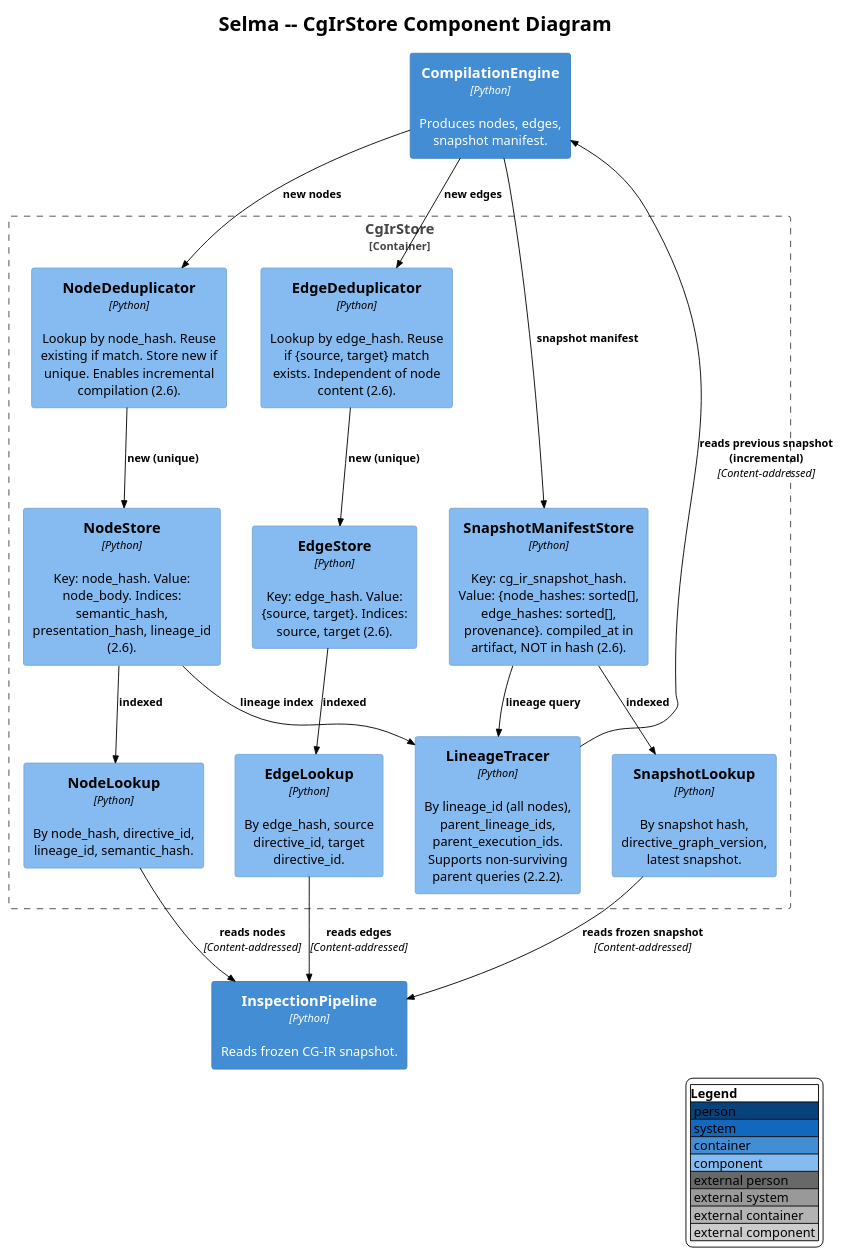
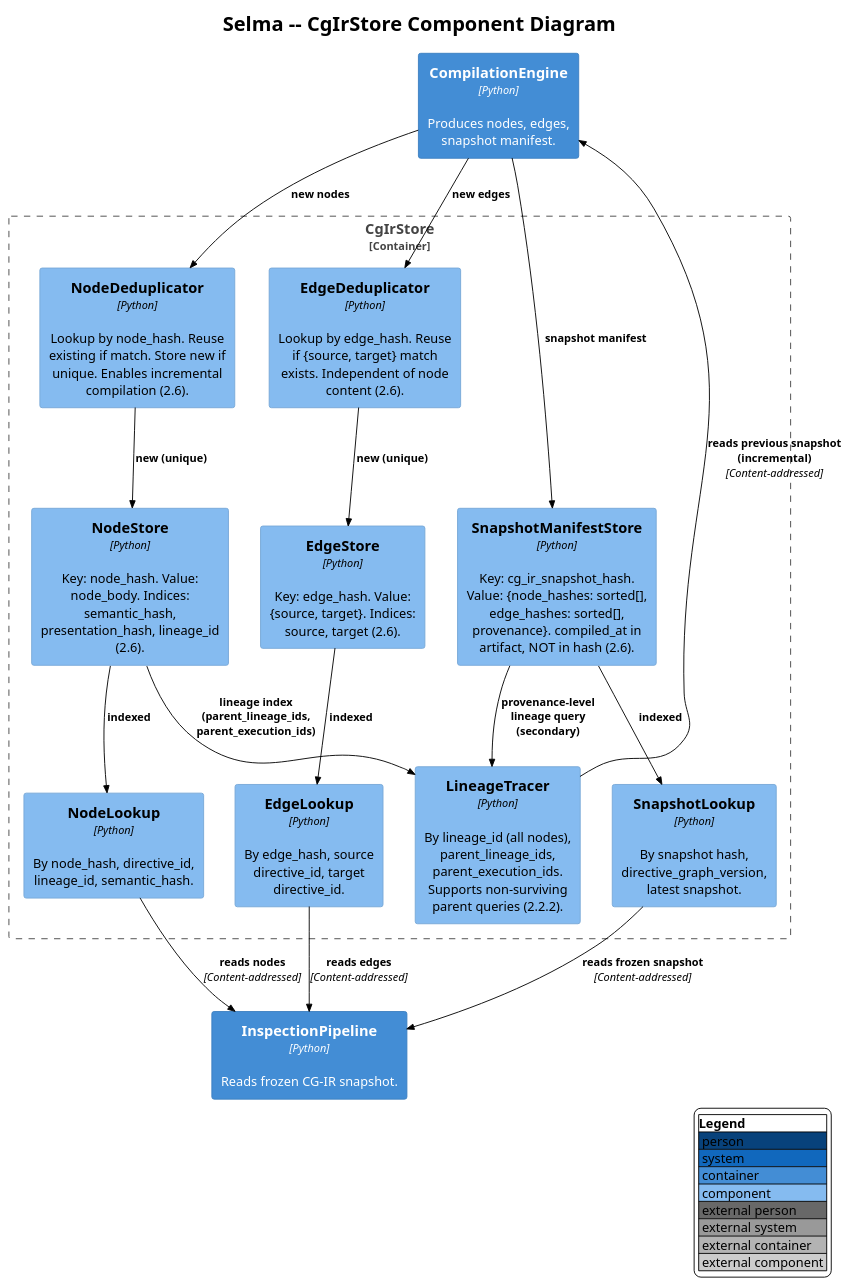
Before and after one commit to salimnamvar/selma: the diagram in docs/C4-Design/c4_selma_component_cgir_store.puml, drawn with PlantUML. The commit also changed 4 other files, not shown here.

Commit message:
feat: Update C4 diagrams for versioning and enhance component relationships

```diff
--- a/docs/C4-Design/c4_selma_component_cgir_store.puml
+++ b/docs/C4-Design/c4_selma_component_cgir_store.puml
@@ -10,44 +10,44 @@
 @startuml
 !include https://raw.githubusercontent.com/plantuml-stdlib/C4-PlantUML/v2.10.0/C4_Component.puml
 !theme plain
 
 LAYOUT_WITH_LEGEND()
 
 title Selma -- CgIrStore Component Diagram
 
 Container_Boundary(cgir, "CgIrStore") {
     Component(node_dedup, "NodeDeduplicator", "Python", "Lookup by node_hash. Reuse existing if match. Store new if unique. Enables incremental compilation (2.6).")
     Component(edge_dedup, "EdgeDeduplicator", "Python", "Lookup by edge_hash. Reuse if {source, target} match exists. Independent of node content (2.6).")
 
     Component(node_store, "NodeStore", "Python", "Key: node_hash. Value: node_body. Indices: semantic_hash, presentation_hash, lineage_id (2.6).")
     Component(edge_store, "EdgeStore", "Python", "Key: edge_hash. Value: {source, target}. Indices: source, target (2.6).")
     Component(snapshot_manifest, "SnapshotManifestStore", "Python", "Key: cg_ir_snapshot_hash. Value: {node_hashes: sorted[], edge_hashes: sorted[], provenance}. compiled_at in artifact, NOT in hash (2.6).")
 
     Component(node_lookup, "NodeLookup", "Python", "By node_hash, directive_id, lineage_id, semantic_hash.")
     Component(edge_lookup, "EdgeLookup", "Python", "By edge_hash, source directive_id, target directive_id.")
     Component(snapshot_lookup, "SnapshotLookup", "Python", "By snapshot hash, directive_graph_version, latest snapshot.")
     Component(lineage_tracer, "LineageTracer", "Python", "By lineage_id (all nodes), parent_lineage_ids, parent_execution_ids. Supports non-surviving parent queries (2.2.2).")
 }
 
 Container(compilation_engine, "CompilationEngine", "Python", "Produces nodes, edges, snapshot manifest.")
 Container(inspection_pipeline, "InspectionPipeline", "Python", "Reads frozen CG-IR snapshot.")
 
 Rel(compilation_engine, node_dedup, "new nodes")
 Rel(compilation_engine, edge_dedup, "new edges")
 Rel(compilation_engine, snapshot_manifest, "snapshot manifest")
 
 Rel(node_dedup, node_store, "new (unique)")
 Rel(edge_dedup, edge_store, "new (unique)")
 
 Rel(node_store, node_lookup, "indexed")
 Rel(edge_store, edge_lookup, "indexed")
 Rel(snapshot_manifest, snapshot_lookup, "indexed")
-Rel(node_store, lineage_tracer, "lineage index")
-Rel(snapshot_manifest, lineage_tracer, "lineage query")
+Rel(node_store, lineage_tracer, "lineage index (parent_lineage_ids, parent_execution_ids)")
+Rel(snapshot_manifest, lineage_tracer, "provenance-level lineage query (secondary)")
 
 Rel(snapshot_lookup, inspection_pipeline, "reads frozen snapshot", "Content-addressed")
 Rel(node_lookup, inspection_pipeline, "reads nodes", "Content-addressed")
 Rel(edge_lookup, inspection_pipeline, "reads edges", "Content-addressed")
 Rel(lineage_tracer, compilation_engine, "reads previous snapshot (incremental)", "Content-addressed")
 
 @enduml
```
